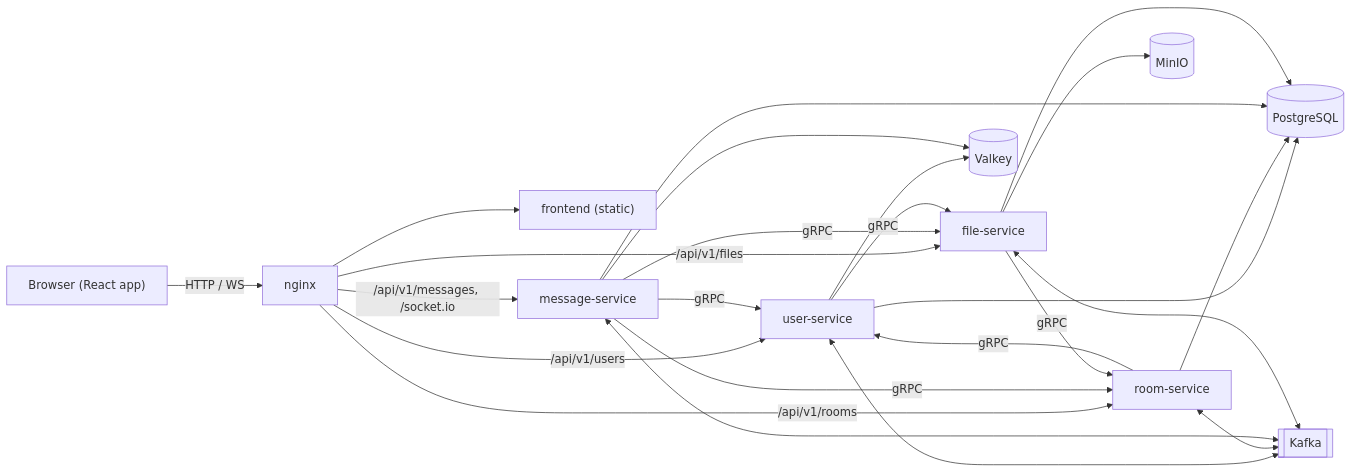
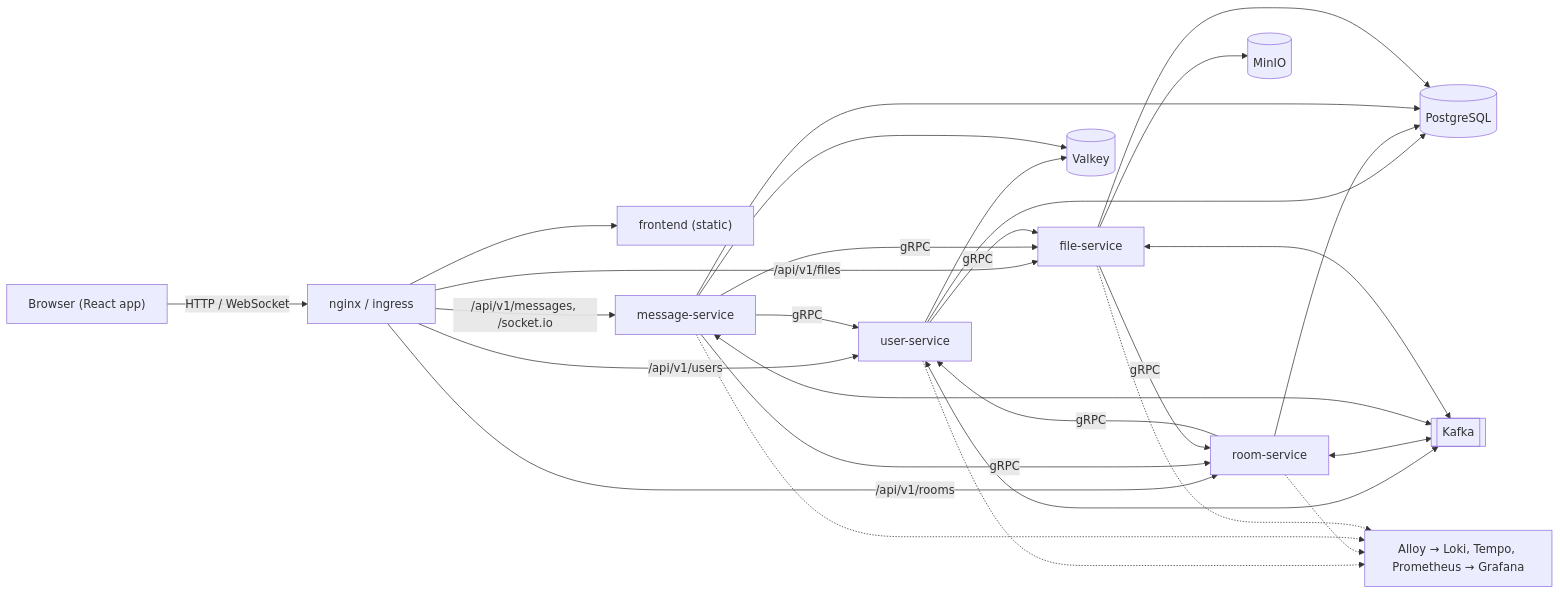
One commit to sashinlutchan/drift-chat changed the first of 3 diagrams in README.md. Above: the diagram before and after it, drawn with Mermaid. The commit also changed other lines of this file and 359 other files, not shown here.

````diff
--- a/README.md
+++ b/README.md
@@ -50,41 +53,47 @@
 ```mermaid
 flowchart LR
     Browser["Browser (React app)"]
-    Nginx["nginx"]
+    Nginx["nginx / ingress"]
     FE["frontend (static)"]
     US["user-service"]
     RS["room-service"]
     MS["message-service"]
     FS["file-service"]
     PG[("PostgreSQL")]
     VK[("Valkey")]
     KF[["Kafka"]]
     MN[("MinIO")]
+    OBS["Alloy → Loki, Tempo, Prometheus → Grafana"]
 
-    Browser -- "HTTP / WS" --> Nginx
+    Browser -- "HTTP / WebSocket" --> Nginx
     Nginx --> FE
     Nginx -- "/api/v1/users" --> US
     Nginx -- "/api/v1/rooms" --> RS
     Nginx -- "/api/v1/messages, /socket.io" --> MS
     Nginx -- "/api/v1/files" --> FS
 
     MS -- gRPC --> US
     MS -- gRPC --> RS
     MS -- gRPC --> FS
     US -- gRPC --> FS
     RS -- gRPC --> US
     FS -- gRPC --> RS
 
     US --> PG
     RS --> PG
     MS --> PG
     FS --> PG
     US --> VK
     MS --> VK
     FS --> MN
 
     US <--> KF
     RS <--> KF
     MS <--> KF
     FS <--> KF
+
+    US -.-> OBS
+    RS -.-> OBS
+    MS -.-> OBS
+    FS -.-> OBS
 ```
````
